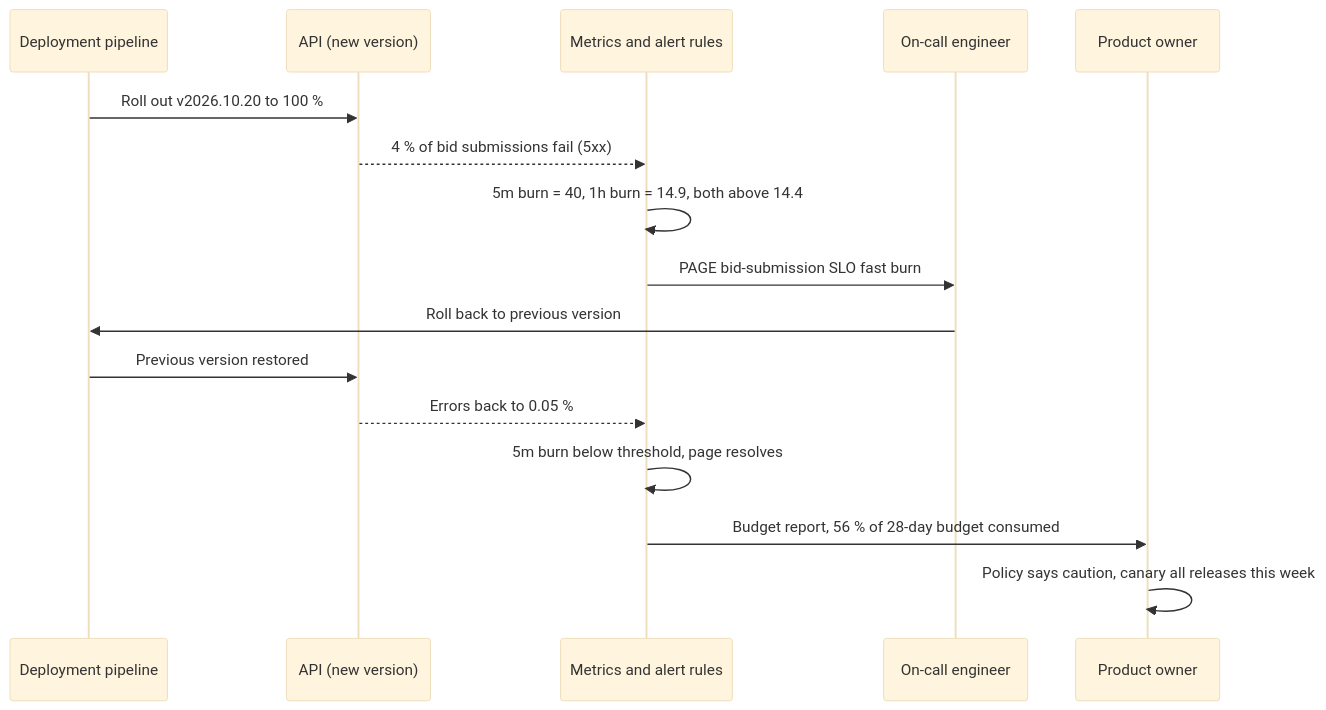
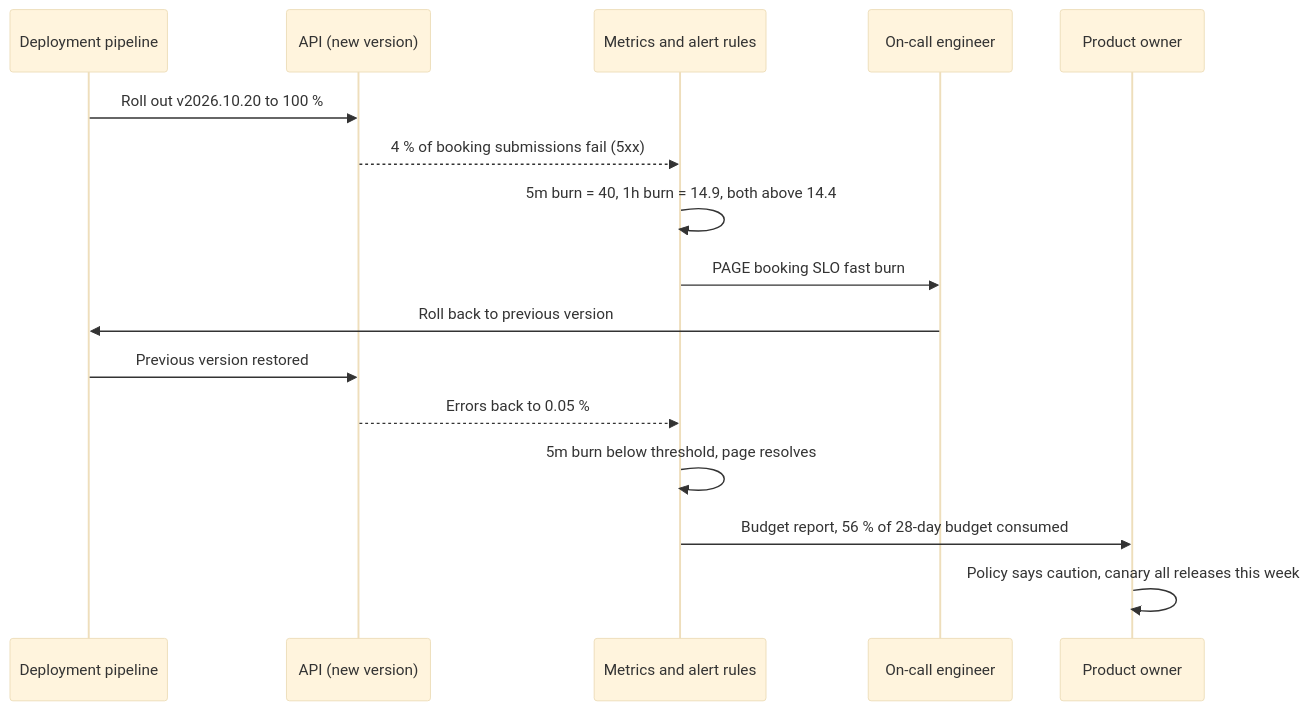
The second of 2 diagrams in content/lessons/m14/m14-sli-slo-sla.md (rizwi0786/system-design-lab), drawn with Mermaid (base theme) before and after one commit. The commit also changed other lines of this file and 334 other files, not shown here.

````diff
--- a/content/lessons/m14/m14-sli-slo-sla.md
+++ b/content/lessons/m14/m14-sli-slo-sla.md
@@ -238,18 +238,18 @@
 ```mermaid
 sequenceDiagram
     participant CD as Deployment pipeline
     participant API as API (new version)
     participant M as Metrics and alert rules
     participant OC as On-call engineer
     participant PO as Product owner
     CD->>API: Roll out v2026.10.20 to 100 %
-    API-->>M: 4 % of bid submissions fail (5xx)
+    API-->>M: 4 % of booking submissions fail (5xx)
     M->>M: 5m burn = 40, 1h burn = 14.9, both above 14.4
-    M->>OC: PAGE bid-submission SLO fast burn
+    M->>OC: PAGE booking SLO fast burn
     OC->>CD: Roll back to previous version
     CD->>API: Previous version restored
     API-->>M: Errors back to 0.05 %
     M->>M: 5m burn below threshold, page resolves
     M->>PO: Budget report, 56 % of 28-day budget consumed
     PO->>PO: Policy says caution, canary all releases this week
 ```
````
